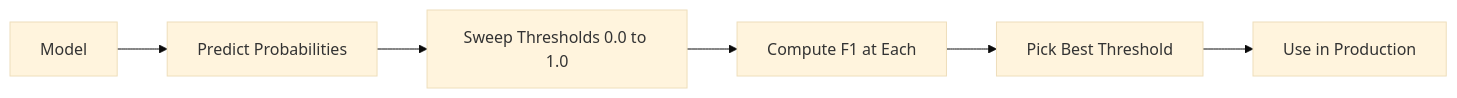
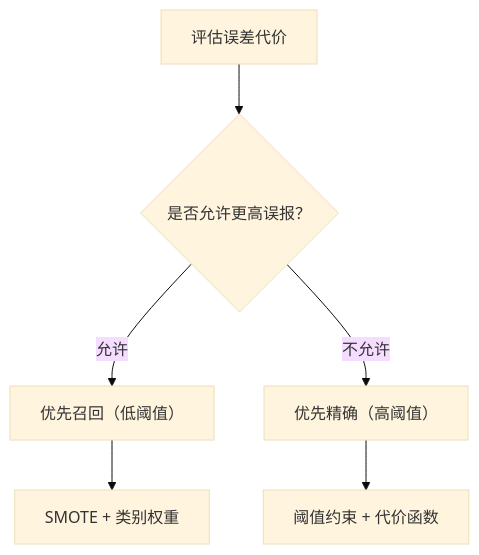
One commit to omigaZen/ai-engineering-from-scratch changed the second of 2 diagrams in phases/02-ml-fundamentals/17-imbalanced-data/docs/zh.md. Above: the diagram before and after it, drawn with Mermaid (base theme). The commit also changed other lines of this file, not shown here.

````diff
--- a/phases/02-ml-fundamentals/17-imbalanced-data/docs/zh.md
+++ b/phases/02-ml-fundamentals/17-imbalanced-data/docs/zh.md
@@ -186,8 +109,8 @@
 ```mermaid
-flowchart LR
-    A[Model] --> B[Predict Probabilities]
-    B --> C[Sweep Thresholds 0.0 to 1.0]
-    C --> D[Compute F1 at Each]
-    D --> E[Pick Best Threshold]
-    E --> F[Use in Production]
+flowchart TD
+    A[评估误差代价] --> B{是否允许更高误报？}
+    B -->|允许| C[优先召回（低阈值）]
+    B -->|不允许| D[优先精确（高阈值）]
+    C --> E[SMOTE + 类别权重]
+    D --> F[阈值约束 + 代价函数]
 ```
````
